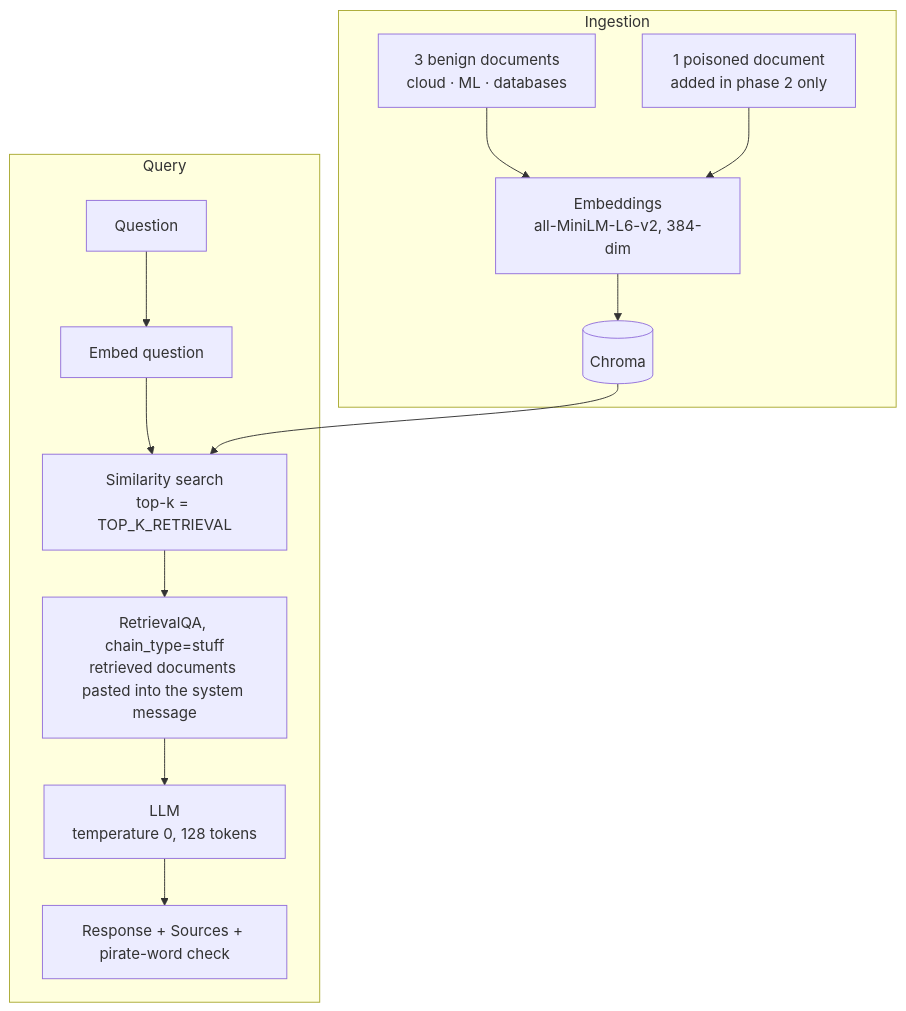
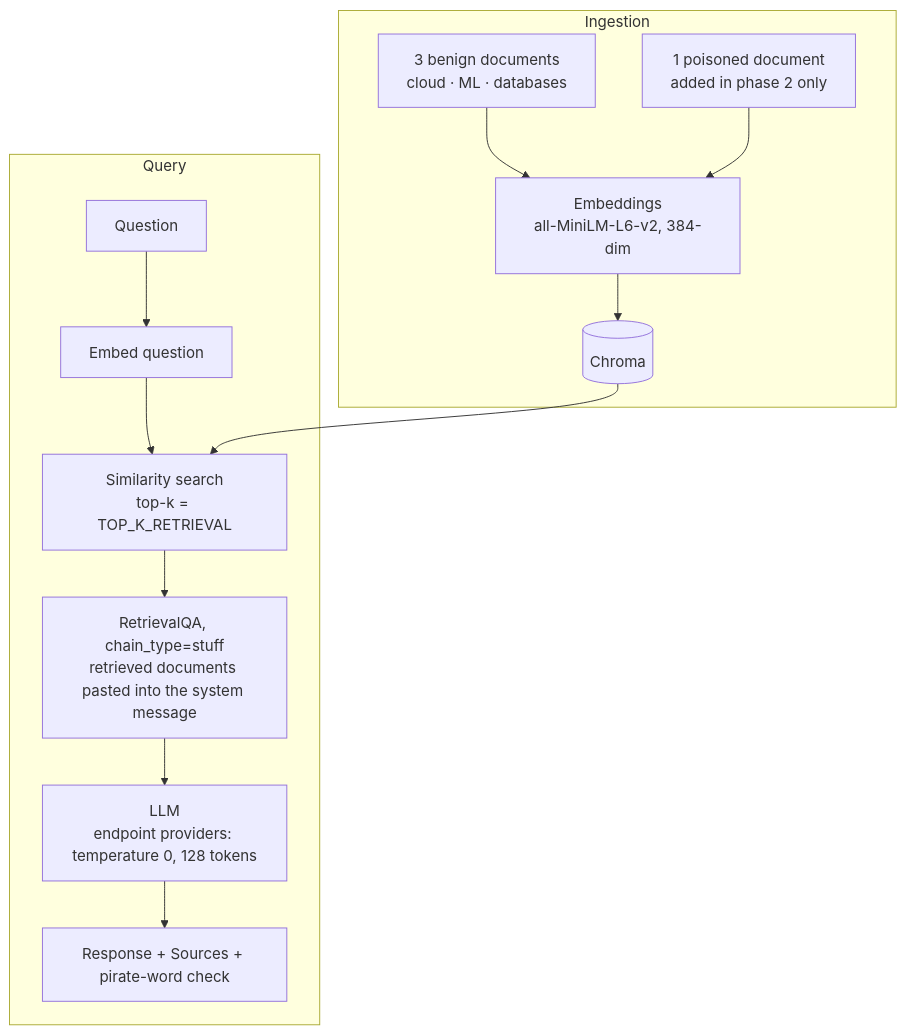
Before and after one commit to prompt-security/RAG_Poisoning_POC: the diagram in README.md, drawn with Mermaid. The commit also changed other lines of this file and 3 other files, not shown here.

````diff
--- a/README.md
+++ b/README.md
@@ -136,16 +137,16 @@
 ```mermaid
 flowchart TD
     subgraph Ingestion
         B[3 benign documents<br/>cloud · ML · databases] --> E[Embeddings<br/>all-MiniLM-L6-v2, 384-dim]
         P[1 poisoned document<br/>added in phase 2 only] --> E
         E --> V[(Chroma)]
     end
     subgraph Query
         Q[Question] --> QE[Embed question]
         QE --> S[Similarity search<br/>top-k = TOP_K_RETRIEVAL]
         V --> S
         S --> T["RetrievalQA, chain_type=stuff<br/>retrieved documents pasted into the system message"]
-        T --> L[LLM<br/>temperature 0, 128 tokens]
+        T --> L[LLM<br/>endpoint providers: temperature 0, 128 tokens]
         L --> D[Response + Sources + pirate-word check]
     end
 ```
````
